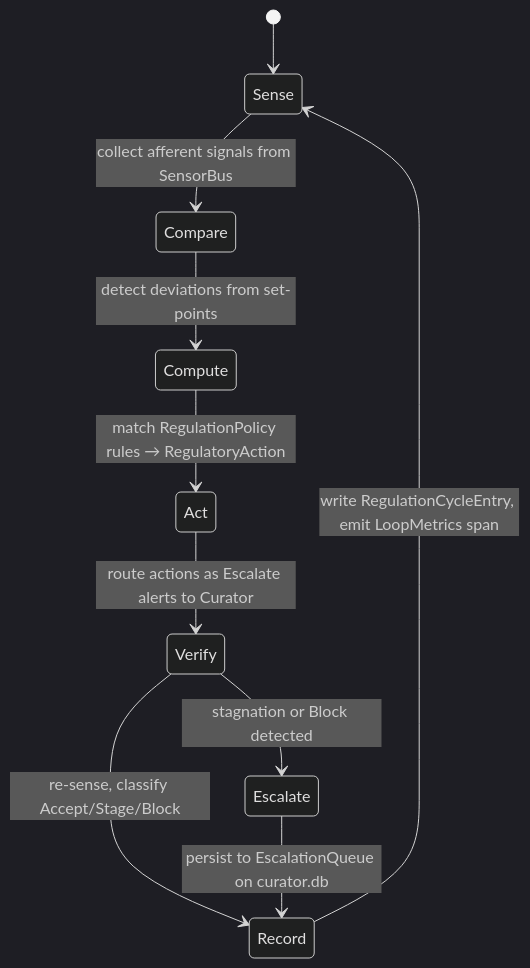
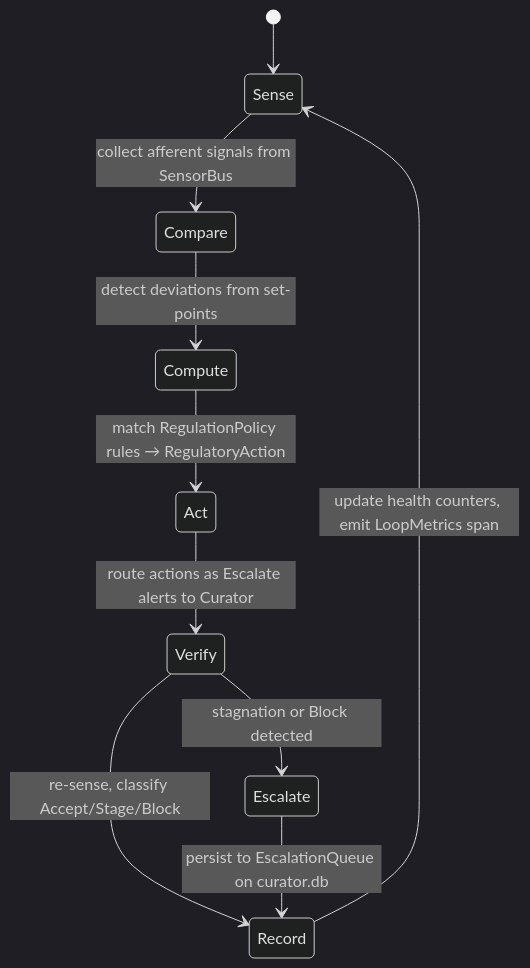
Before and after one commit to mdz-axo/zed-kask: the first of 2 diagrams in kask/docs/diataxis/hkask-regulation/explanation.md, drawn with Mermaid (dark theme). The commit also changed other lines of this file and 13 other files, not shown here.

````diff
--- a/kask/docs/diataxis/hkask-regulation/explanation.md
+++ b/kask/docs/diataxis/hkask-regulation/explanation.md
@@ -88,12 +89,12 @@
 ```mermaid
 stateDiagram-v2
     [*] --> Sense
     Sense --> Compare: collect afferent signals from SensorBus
     Compare --> Compute: detect deviations from set-points
     Compute --> Act: match RegulationPolicy rules → RegulatoryAction
     Act --> Verify: route actions as Escalate alerts to Curator
     Verify --> Record: re-sense, classify Accept/Stage/Block
-    Record --> Sense: write RegulationCycleEntry, emit LoopMetrics span
+    Record --> Sense: update health counters, emit LoopMetrics span
     Verify --> Escalate: stagnation or Block detected
     Escalate --> Record: persist to EscalationQueue on curator.db
 ```
````
